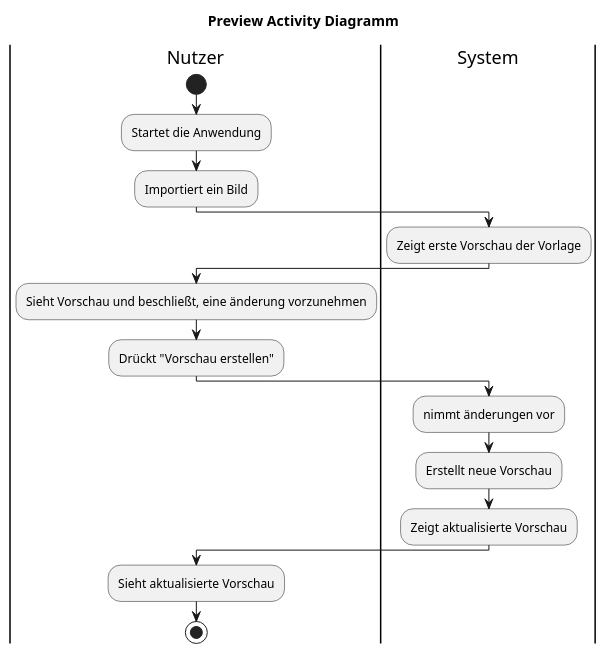
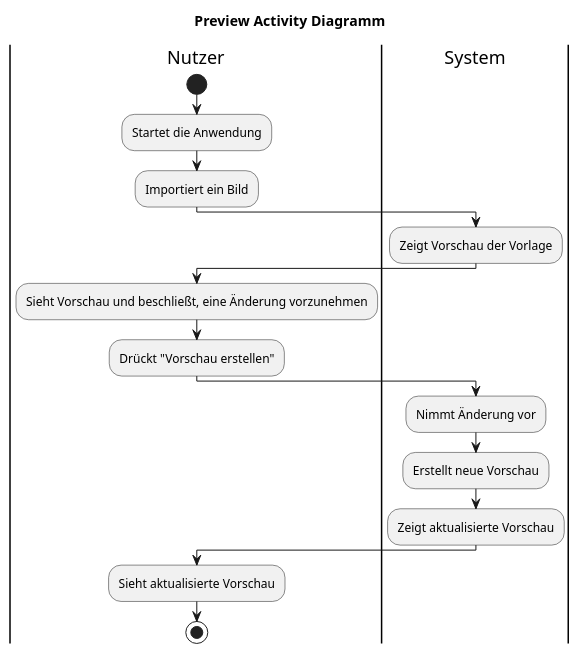
One commit to Karma-chocolate/SWE-Labor changed the diagram in ActivityDiaLayerAnpassen.puml. Above: the diagram before and after it, drawn with PlantUML.

```diff
--- a/ActivityDiaLayerAnpassen.puml
+++ b/ActivityDiaLayerAnpassen.puml
@@ -1,25 +1,25 @@
 @startuml
 title Preview Activity Diagramm
 
 |Nutzer|
 start
 :Startet die Anwendung;
 :Importiert ein Bild;
 
 |System|
-:Zeigt erste Vorschau der Vorlage;
+:Zeigt Vorschau der Vorlage;
 
 |Nutzer|
-:Sieht Vorschau und beschließt, eine änderung vorzunehmen;
+:Sieht Vorschau und beschließt, eine Änderung vorzunehmen;
 :Drückt "Vorschau erstellen";
 
 |System|
-:nimmt änderungen vor;
+:Nimmt Änderung vor;
 :Erstellt neue Vorschau;
 :Zeigt aktualisierte Vorschau;
 
 |Nutzer|
 :Sieht aktualisierte Vorschau;
 stop
 
 @enduml
```
